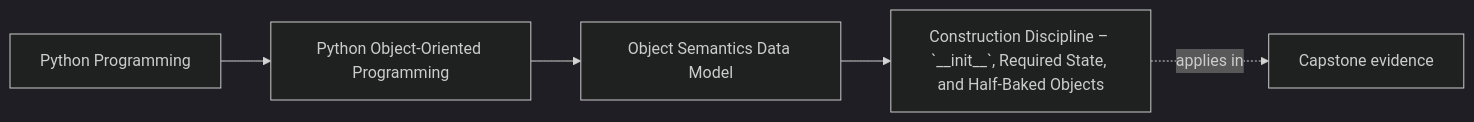
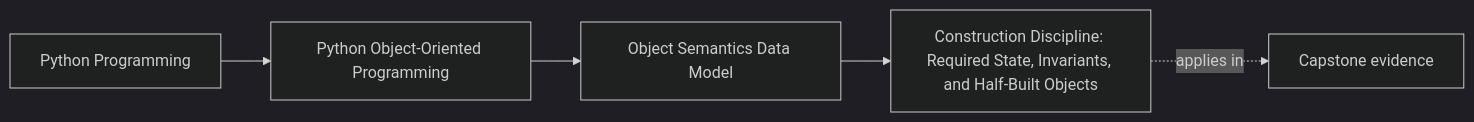
One commit to bijux/bijux-masterclass changed the first of 2 diagrams in programs/python-programming/python-object-oriented-programming/course-book/module-01-object-semantics-data-model/construction-discipline-and-invariants.md. Above: the diagram before and after it, drawn with Mermaid (dark theme). The commit also changed other lines of this file and 1 other file, not shown here.

Commit message:
docs(oop): teach lookup and invariant-first construction

````diff
--- a/programs/python-programming/python-object-oriented-programming/course-book/module-01-object-semantics-data-model/construction-discipline-and-invariants.md
+++ b/programs/python-programming/python-object-oriented-programming/course-book/module-01-object-semantics-data-model/construction-discipline-and-invariants.md
@@ -7,11 +6,11 @@
 ```mermaid
 graph LR
   family["Python Programming"]
   program["Python Object-Oriented Programming"]
   section["Object Semantics Data Model"]
-  page["Construction Discipline – `__init__`, Required State, and Half-Baked Objects"]
+  page["Construction Discipline: Required State, Invariants, and Half-Built Objects"]
   capstone["Capstone evidence"]
 
   family --> program --> section --> page
   page -.applies in.-> capstone
 ```
````
